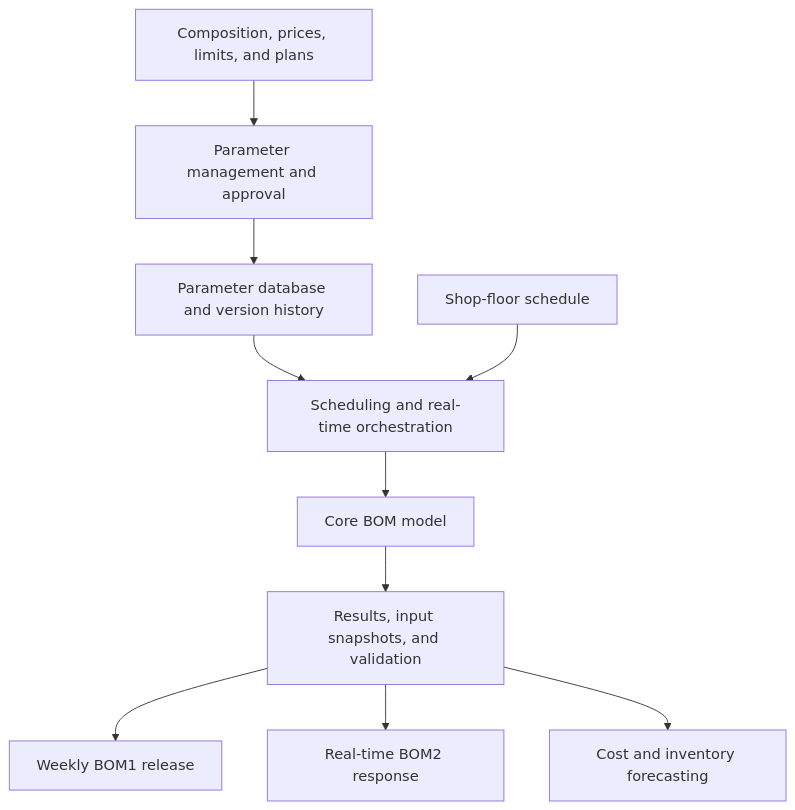
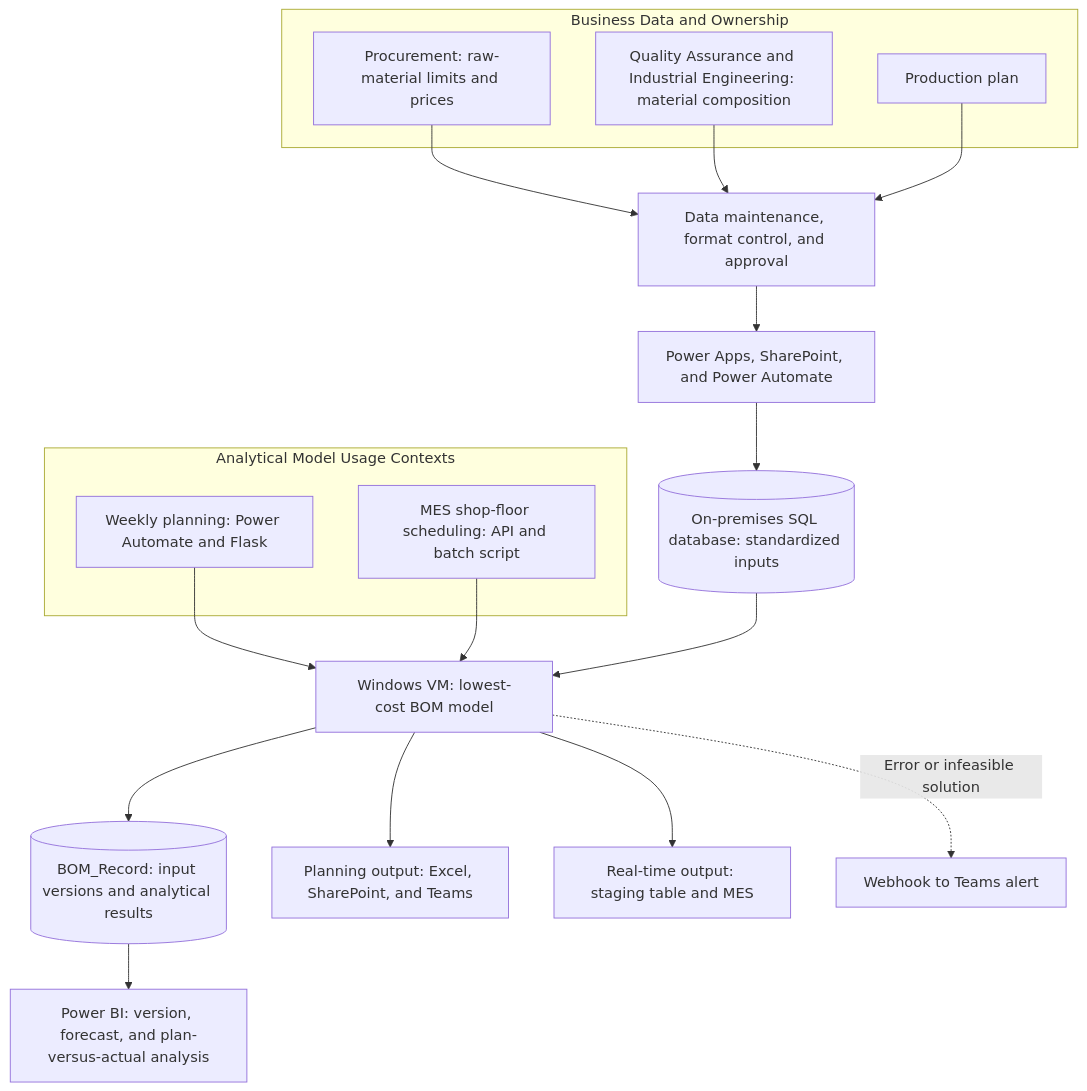
Before and after one commit to ChienChienChien/BOM_Management_Platform: the diagram in README.md, drawn with Mermaid. The commit also changed other lines of this file, not shown here.

Commit message:
Rewrite English BOM platform case study

````diff
--- a/README.md
+++ b/README.md
@@ -43,12 +65,29 @@
 ```mermaid
 flowchart TB
-    A["Composition, prices, limits, and plans"] --> E["Parameter management and approval"]
-    E --> F["Parameter database and version history"]
-    F --> G["Scheduling and real-time orchestration"]
-    H["Shop-floor schedule"] --> G
-    G --> I["Core BOM model"]
-    I --> J["Results, input snapshots, and validation"]
-    J --> K["Weekly BOM1 release"]
-    J --> L["Real-time BOM2 response"]
-    J --> M["Cost and inventory forecasting"]
+    subgraph Source[Business Data and Ownership]
+        A[Procurement: raw-material limits and prices]
+        B[Quality Assurance and Industrial Engineering: material composition]
+        C[Production plan]
+    end
+
+    A --> D[Data maintenance, format control, and approval]
+    B --> D
+    C --> D
+    D --> E[Power Apps, SharePoint, and Power Automate]
+    E --> F[(On-premises SQL database: standardized inputs)]
+
+    subgraph UseCase[Analytical Model Usage Contexts]
+        G[Weekly planning: Power Automate and Flask]
+        H[MES shop-floor scheduling: API and batch script]
+    end
+
+    G --> I[Windows VM: lowest-cost BOM model]
+    H --> I
+    F --> I
+
+    I --> J[(BOM_Record: input versions and analytical results)]
+    I --> K[Planning output: Excel, SharePoint, and Teams]
+    I --> L[Real-time output: staging table and MES]
+    J --> M[Power BI: version, forecast, and plan-versus-actual analysis]
+    I -. Error or infeasible solution .-> N[Webhook to Teams alert]
 ```
````
